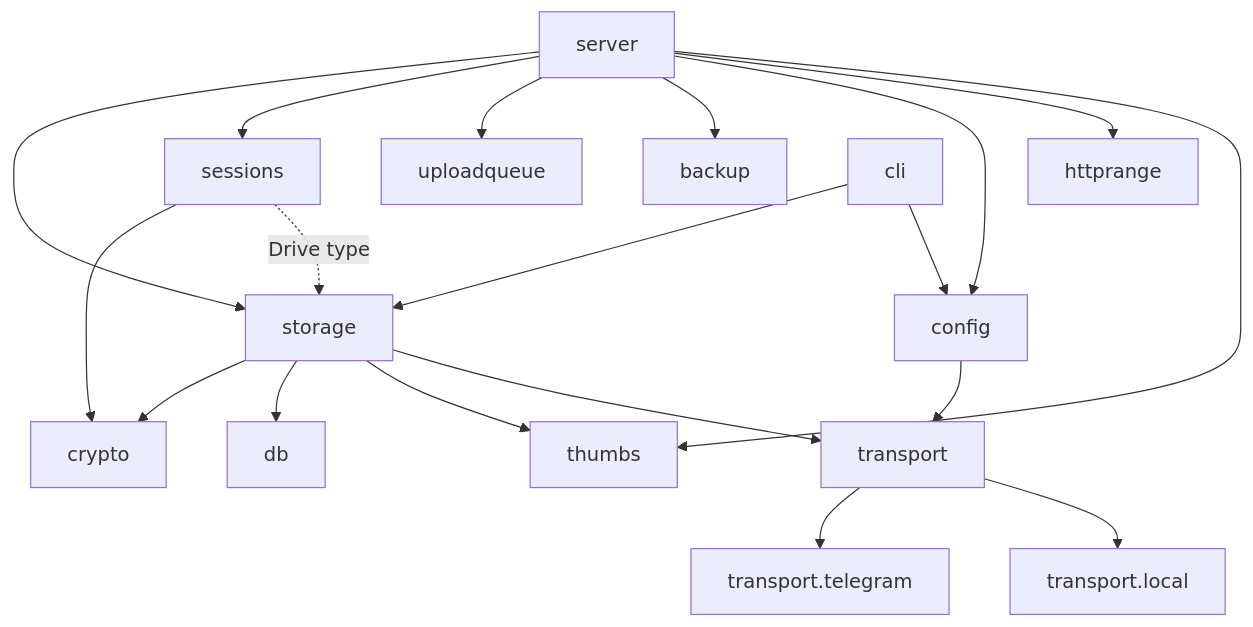
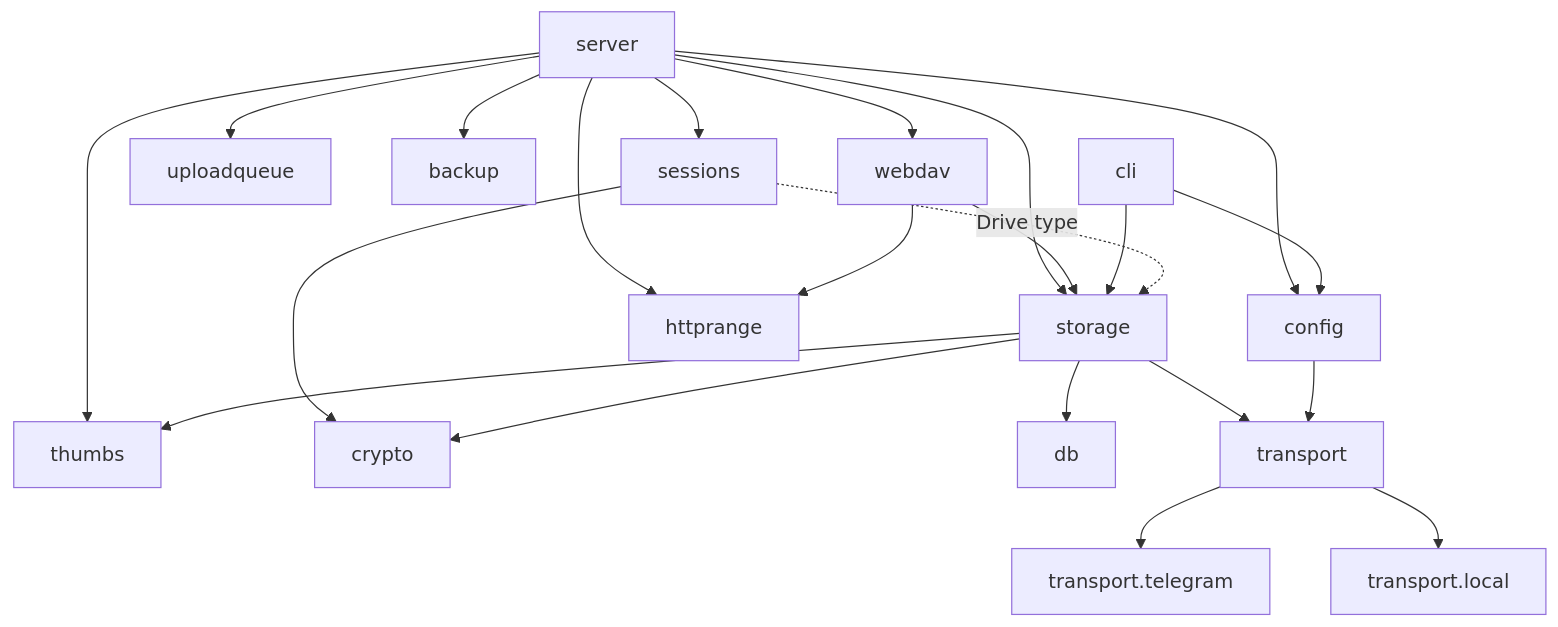
Before and after one commit to iusekarma/tgdrive: the first of 4 diagrams in docs/backend.md, drawn with Mermaid. The commit also changed other lines of this file and 18 other files, not shown here.

````diff
--- a/docs/backend.md
+++ b/docs/backend.md
@@ -7,21 +7,24 @@
 ```mermaid
 flowchart TD
     server --> storage
     server --> sessions
     server --> uploadqueue
     server --> backup
     server --> config
     server --> httprange
     server --> thumbs
+    server --> webdav
+    webdav --> storage
+    webdav --> httprange
     cli --> storage
     cli --> config
     sessions --> crypto
     sessions -.->|"Drive type"| storage
     storage --> crypto
     storage --> db
     storage --> thumbs
     storage --> transport
     config --> transport
     transport --> telegram["transport.telegram"]
     transport --> local["transport.local"]
 ```
````
